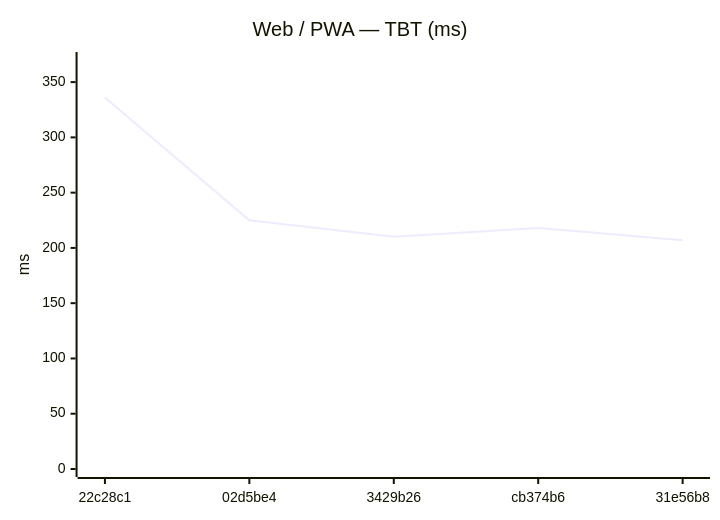
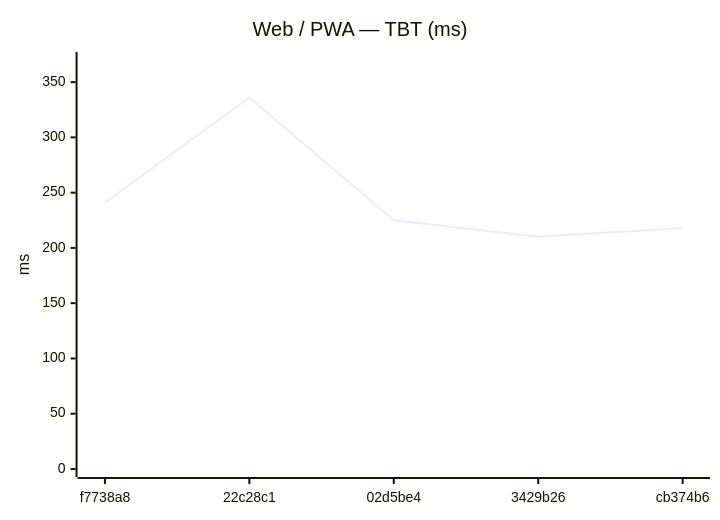
Before and after one commit to Metaheurist/Rianell: the eighth of 18 diagrams in benchmarks/compare.md, drawn with Mermaid. The commit also changed other lines of this file and 11 other files, not shown here.

````diff
--- a/benchmarks/compare.md
+++ b/benchmarks/compare.md
@@ -124,7 +124,7 @@
 ```mermaid
 xychart-beta
     title "Web / PWA — TBT (ms)"
-    x-axis ["22c28c1", "02d5be4", "3429b26", "cb374b6", "31e56b8"]
+    x-axis ["f7738a8", "22c28c1", "02d5be4", "3429b26", "cb374b6"]
     y-axis "ms" 0 --> 370
-    line [336, 225, 210, 218, 207]
+    line [241, 336, 225, 210, 218]
 ```
````
